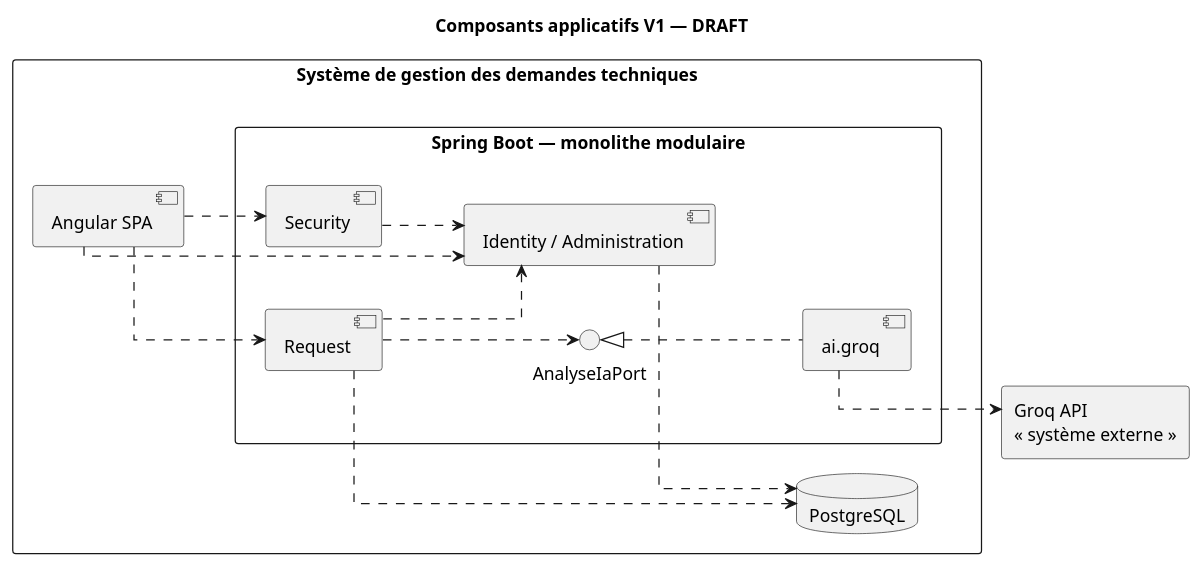
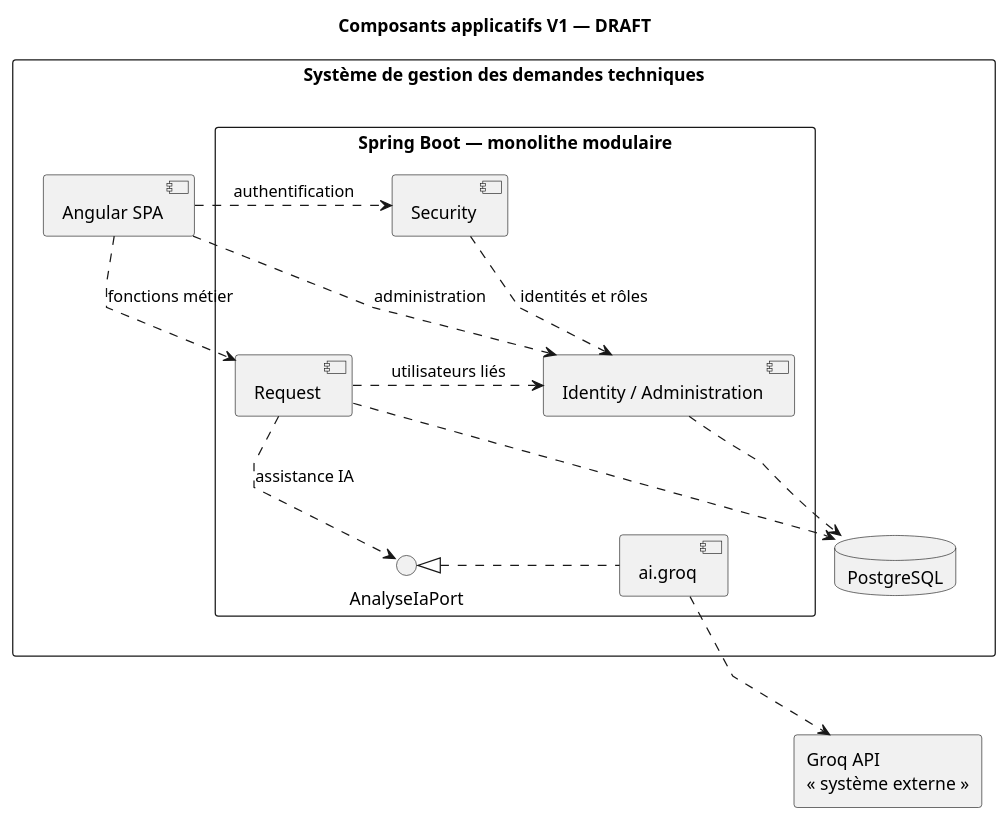
Before and after one commit to akrouty/gestion-demandes-techniques: the diagram in docs/uml/component/application-components-v1.puml, drawn with PlantUML. The commit also changed 2 other files, not shown here.

Commit message:
finilisation des diagramme

```diff
--- a/docs/uml/component/application-components-v1.puml
+++ b/docs/uml/component/application-components-v1.puml
@@ -1,41 +1,46 @@
 @startuml
 !pragma horizontalLineBetweenDifferentPackageAllowed
 ' Statut : DRAFT
 ' Vue logique limitée ; aucun détail de déploiement.
 title Composants applicatifs V1 — DRAFT
-left to right direction
+top to bottom direction
 skinparam monochrome true
 skinparam shadowing false
 skinparam backgroundColor white
 skinparam componentStyle uml2
-skinparam linetype ortho
-skinparam nodesep 50
-skinparam ranksep 65
+skinparam linetype polyline
+skinparam nodesep 60
+skinparam ranksep 75
 rectangle "Système de gestion des demandes techniques" as SYSTEM {
   component "Angular SPA" as SPA
   rectangle "Spring Boot — monolithe modulaire" as BACKEND {
     component "Security" as SECURITY
     component "Request" as REQUEST
     component "Identity / Administration" as IDENTITY
     interface "AnalyseIaPort" as AI_CONTRACT
     component "ai.groq" as AI
   }
   database "PostgreSQL" as POSTGRES
 }
 rectangle "Groq API\n« système externe »" as GROQ
-SPA .down.> SECURITY
-SPA .down.> REQUEST
-SPA .down.> IDENTITY
-SECURITY .down.> IDENTITY
-REQUEST .down.> IDENTITY
-REQUEST .down.> AI_CONTRACT
-AI .up.|> AI_CONTRACT
+SPA .right.> SECURITY : authentification
+SPA .right.> REQUEST : fonctions métier
+SPA .right.> IDENTITY : administration
+SECURITY .right.> IDENTITY : identités et rôles
+REQUEST .right.> IDENTITY : utilisateurs liés
+REQUEST .down.> AI_CONTRACT : assistance IA
+AI .left.|> AI_CONTRACT
 AI .down.> GROQ
 REQUEST .down.> POSTGRES
 IDENTITY .down.> POSTGRES
 ' Contraintes graphiques uniquement.
-BACKEND -[hidden]down-> POSTGRES
-SECURITY -[hidden]right- REQUEST
-IDENTITY -[hidden]right- AI_CONTRACT
-POSTGRES -[hidden]right- GROQ
+SPA -[hidden]right-> SECURITY
+SECURITY -[hidden]right-> IDENTITY
+
+SECURITY -[hidden]down- REQUEST
+REQUEST -[hidden]right-> IDENTITY
+IDENTITY -[hidden]down-> POSTGRES
+
+SYSTEM -[hidden]right-> GROQ
+
 @enduml
```
